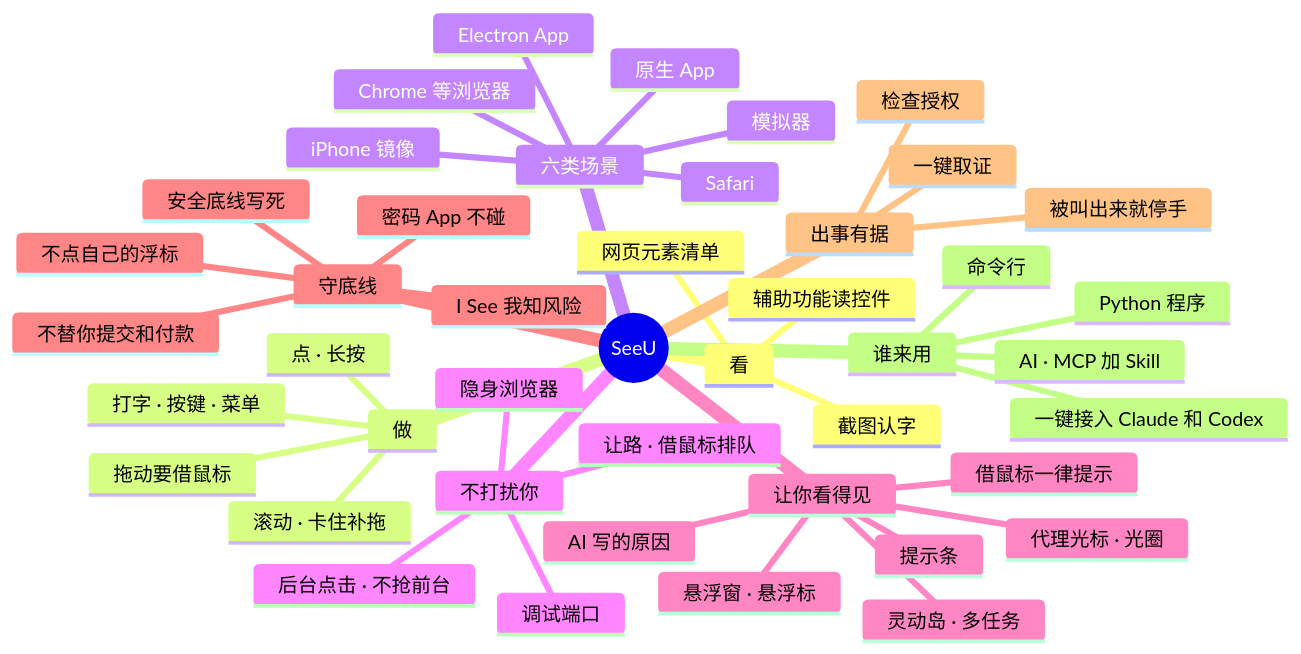
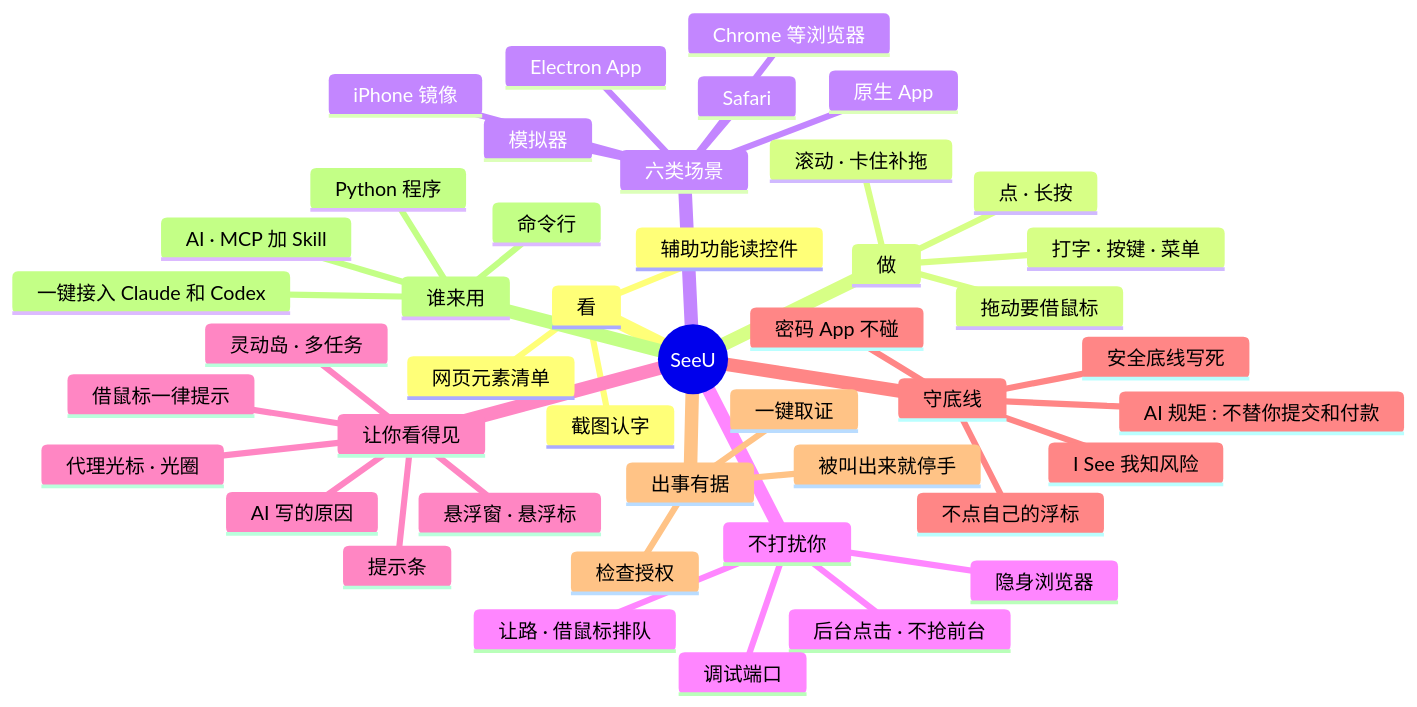
Before and after one commit to Mr-Bingoo/seeu-computeruse: the tenth of 10 diagrams in docs/SeeU-业务图.zh-CN.md, drawn with Mermaid. The commit also changed other lines of this file and 19 other files, not shown here.

````diff
--- a/docs/SeeU-业务图.zh-CN.md
+++ b/docs/SeeU-业务图.zh-CN.md
@@ -397,47 +397,47 @@
 ```mermaid
 mindmap
   root((SeeU))
     看
       截图认字
       辅助功能读控件
       网页元素清单
     做
       点 · 长按
       打字 · 按键 · 菜单
       滚动 · 卡住补拖
       拖动要借鼠标
     六类场景
       Safari
       Chrome 等浏览器
       Electron App
       原生 App
       模拟器
       iPhone 镜像
     不打扰你
       后台点击 · 不抢前台
       让路 · 借鼠标排队
       隐身浏览器
       调试端口
     让你看得见
       悬浮窗 · 悬浮标
       灵动岛 · 多任务
       代理光标 · 光圈
       提示条
       AI 写的原因
       借鼠标一律提示
     守底线
       安全底线写死
       密码 App 不碰
       不点自己的浮标
-      不替你提交和付款
+      AI 规矩 : 不替你提交和付款
       I See 我知风险
     出事有据
       检查授权
       一键取证
       被叫出来就停手
     谁来用
       Python 程序
       AI · MCP 加 Skill
       一键接入 Claude 和 Codex
       命令行
 ```
````
